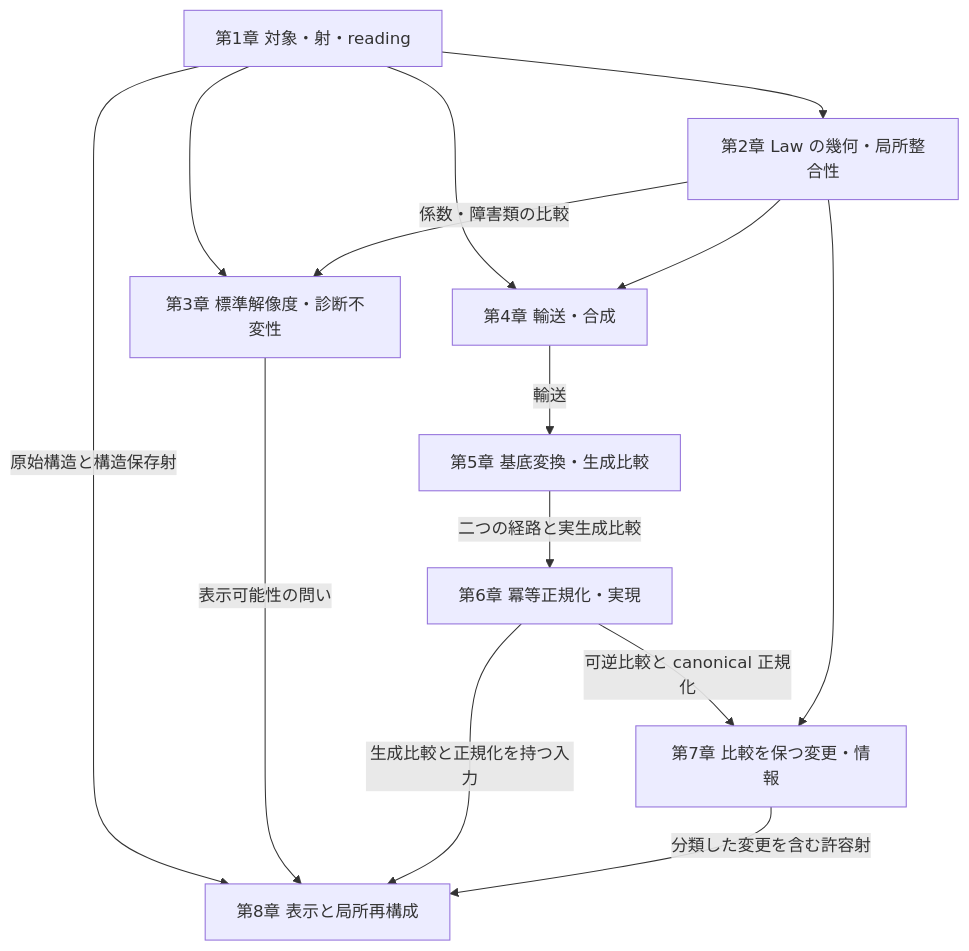
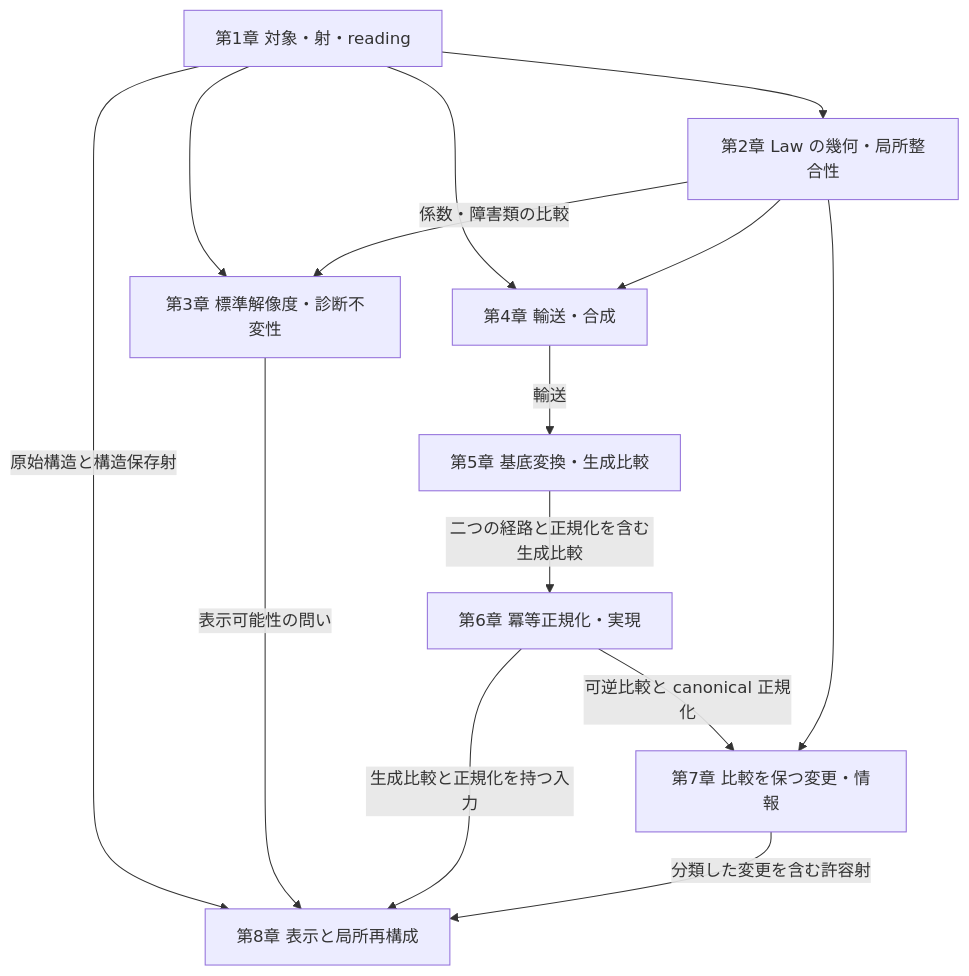
One commit to iroha1203/AlgebraicArchitectureTheoryV2 changed the diagram in outreach/paper/rising-sea/paper-structure.md. Above: the diagram before and after it, drawn with Mermaid. The commit also changed other lines of this file and 19 other files, not shown here.

````diff
--- a/outreach/paper/rising-sea/paper-structure.md
+++ b/outreach/paper/rising-sea/paper-structure.md
@@ -300,16 +300,16 @@
 ```mermaid
 flowchart TD
   C1["第1章 対象・射・reading"] --> C2["第2章 Law の幾何・局所整合性"]
   C1 --> C3["第3章 標準解像度・診断不変性"]
   C2 -->|係数・障害類の比較| C3
   C1 --> C4["第4章 輸送・合成"]
   C2 --> C4
   C4 -->|輸送| C5["第5章 基底変換・生成比較"]
-  C5 -->|二つの経路と実生成比較| C6["第6章 冪等正規化・実現"]
+  C5 -->|二つの経路と正規化を含む生成比較| C6["第6章 冪等正規化・実現"]
   C6 -->|可逆比較と canonical 正規化| C7["第7章 比較を保つ変更・情報"]
   C2 --> C7
   C1 -->|原始構造と構造保存射| C8["第8章 表示と局所再構成"]
   C3 -->|表示可能性の問い| C8
   C6 -->|生成比較と正規化を持つ入力| C8
   C7 -->|分類した変更を含む許容射| C8
 ```
````
